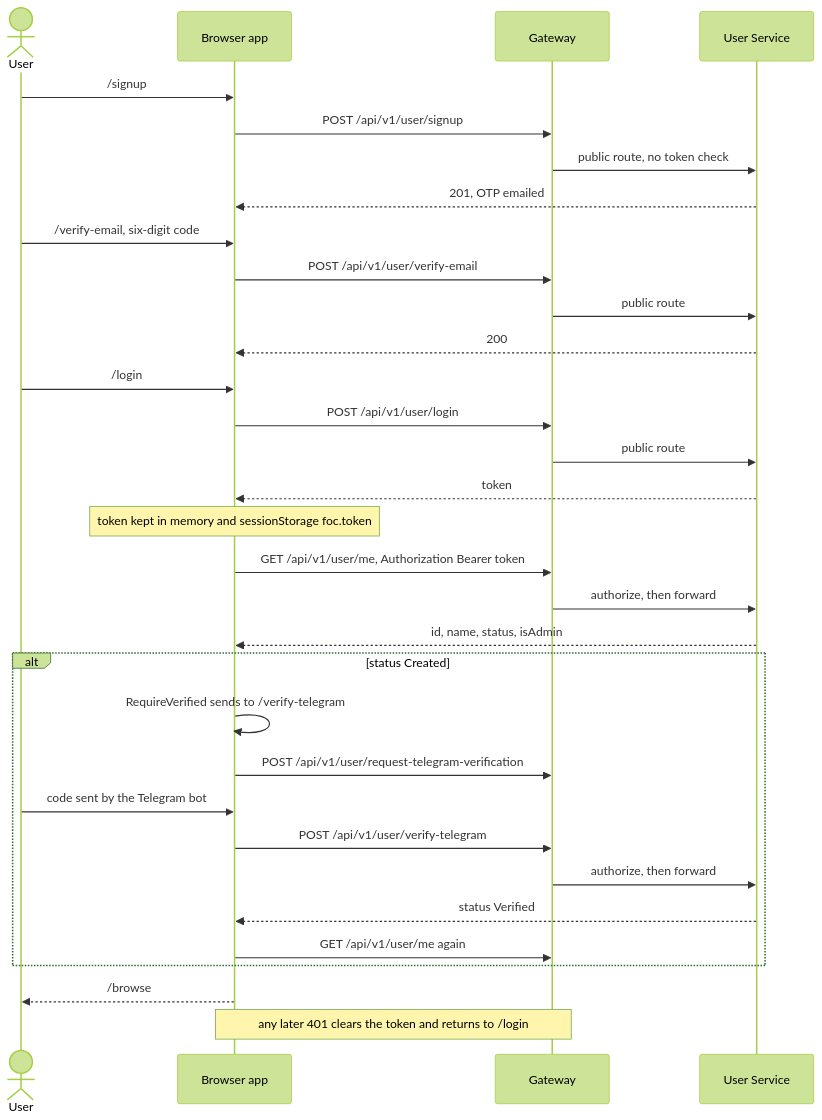
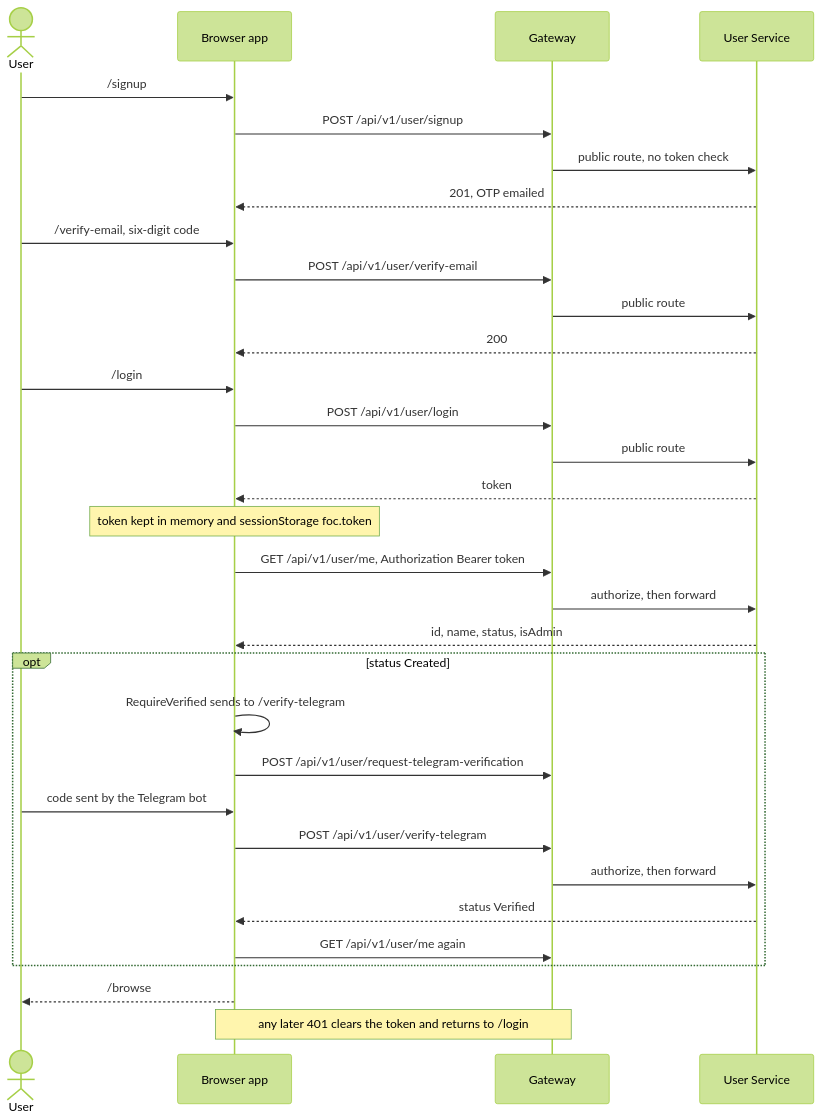
The diagram in frontend/docs/seq-sign-in.mmd (CS3219-AY2627S1/FoC-Template), drawn with Mermaid (forest theme) before and after one commit. The commit also changed 5 other files, not shown here.

```diff
--- a/frontend/docs/seq-sign-in.mmd
+++ b/frontend/docs/seq-sign-in.mmd
@@ -1,33 +1,33 @@
 sequenceDiagram
     actor U as User
     participant App as Browser app
     participant GW as Gateway
     participant User as User Service
 
     U->>App: /signup
     App->>GW: POST /api/v1/user/signup
     GW->>User: public route, no token check
     User-->>App: 201, OTP emailed
     U->>App: /verify-email, six-digit code
     App->>GW: POST /api/v1/user/verify-email
     GW->>User: public route
     User-->>App: 200
     U->>App: /login
     App->>GW: POST /api/v1/user/login
     GW->>User: public route
     User-->>App: token
     Note over App: token kept in memory and sessionStorage foc.token
     App->>GW: GET /api/v1/user/me, Authorization Bearer token
     GW->>User: authorize, then forward
     User-->>App: id, name, status, isAdmin
-    alt status Created
+    opt status Created
         App->>App: RequireVerified sends to /verify-telegram
         App->>GW: POST /api/v1/user/request-telegram-verification
         U->>App: code sent by the Telegram bot
         App->>GW: POST /api/v1/user/verify-telegram
         GW->>User: authorize, then forward
         User-->>App: status Verified
         App->>GW: GET /api/v1/user/me again
     end
     App-->>U: /browse
     Note over App,GW: any later 401 clears the token and returns to /login
```
